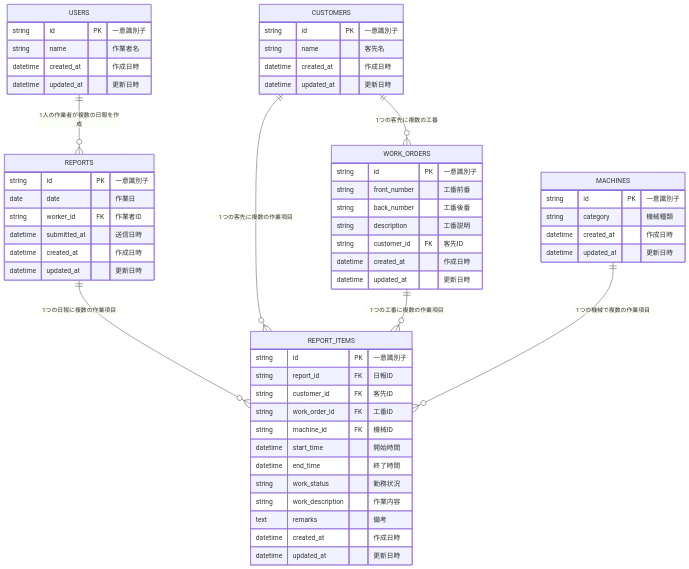
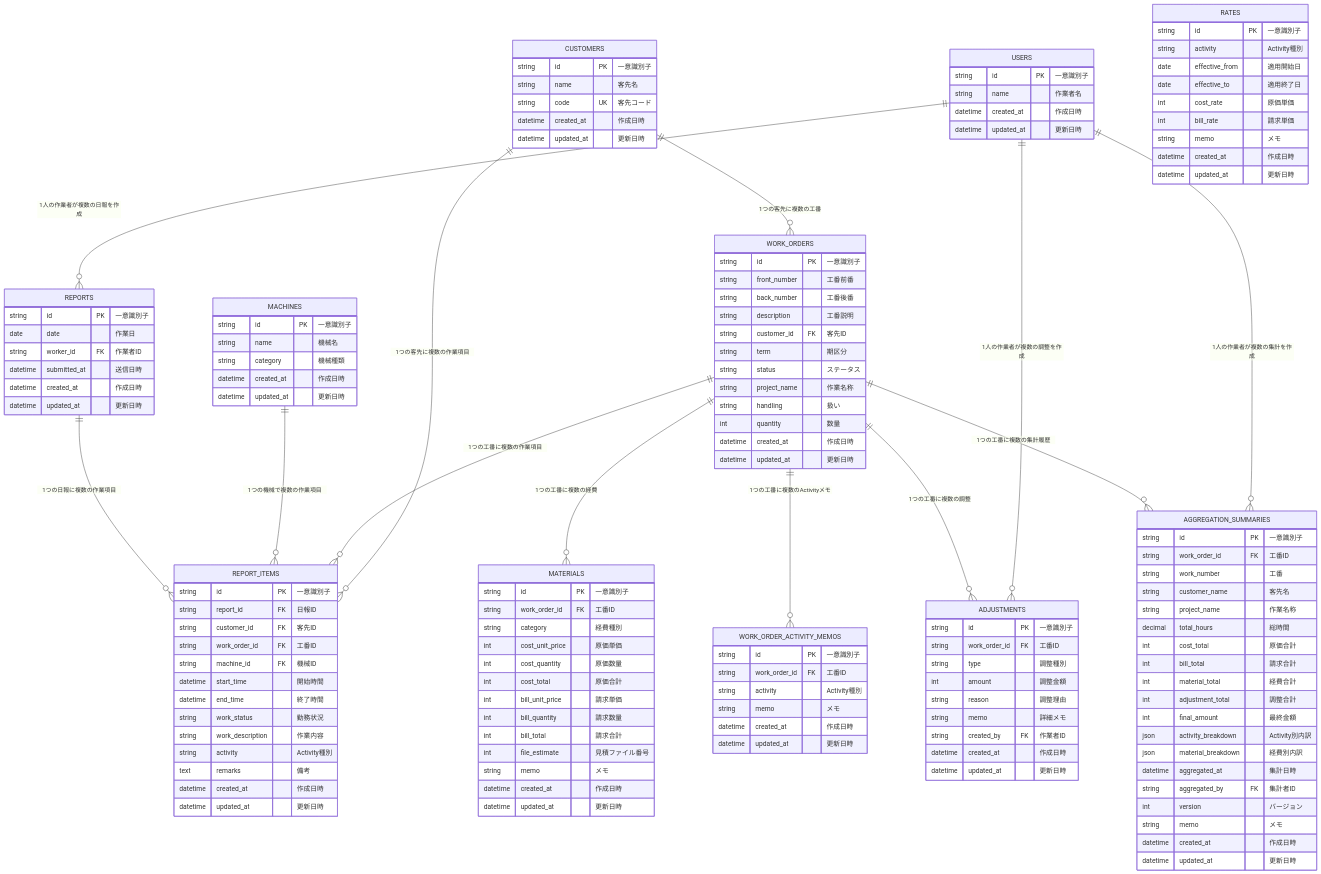
Before and after one commit to naotoTokoyoda/nippo-app: the diagram in docs/DATABASE_SCHEMA.md, drawn with Mermaid. The commit also changed other lines of this file, not shown here.

First line of the commit message:
docs: update DATABASE_SCHEMA.md with aggregation tables

````diff
--- a/docs/DATABASE_SCHEMA.md
+++ b/docs/DATABASE_SCHEMA.md
@@ -8,5 +8,43 @@
 ```mermaid
 erDiagram
+    USERS {
+        string id PK "一意識別子"
+        string name "作業者名"
+        datetime created_at "作成日時"
+        datetime updated_at "更新日時"
+    }
+    
+    CUSTOMERS {
+        string id PK "一意識別子"
+        string name "客先名"
+        string code UK "客先コード"
+        datetime created_at "作成日時"
+        datetime updated_at "更新日時"
+    }
+    
+    WORK_ORDERS {
+        string id PK "一意識別子"
+        string front_number "工番前番"
+        string back_number "工番後番"
+        string description "工番説明"
+        string customer_id FK "客先ID"
+        string term "期区分"
+        string status "ステータス"
+        string project_name "作業名称"
+        string handling "扱い"
+        int quantity "数量"
+        datetime created_at "作成日時"
+        datetime updated_at "更新日時"
+    }
+    
+    MACHINES {
+        string id PK "一意識別子"
+        string name "機械名"
+        string category "機械種類"
+        datetime created_at "作成日時"
+        datetime updated_at "更新日時"
+    }
+    
     REPORTS {
         string id PK "一意識別子"
         date date "作業日"
@@ -26,47 +64,98 @@
         datetime end_time "終了時間"
         string work_status "勤務状況"
         string work_description "作業内容"
+        string activity "Activity種別"
         text remarks "備考"
         datetime created_at "作成日時"
         datetime updated_at "更新日時"
     }
     
-    USERS {
+    RATES {
         string id PK "一意識別子"
-        string name "作業者名"
+        string activity "Activity種別"
+        date effective_from "適用開始日"
+        date effective_to "適用終了日"
+        int cost_rate "原価単価"
+        int bill_rate "請求単価"
+        string memo "メモ"
         datetime created_at "作成日時"
         datetime updated_at "更新日時"
     }
     
-    CUSTOMERS {
+    ADJUSTMENTS {
         string id PK "一意識別子"
-        string name "客先名"
+        string work_order_id FK "工番ID"
+        string type "調整種別"
+        int amount "調整金額"
+        string reason "調整理由"
+        string memo "詳細メモ"
+        string created_by FK "作業者ID"
         datetime created_at "作成日時"
         datetime updated_at "更新日時"
     }
     
-    WORK_ORDERS {
+    MATERIALS {
         string id PK "一意識別子"
-        string front_number "工番前番"
-        string back_number "工番後番"
-        string description "工番説明"
-        string customer_id FK "客先ID"
+        string work_order_id FK "工番ID"
+        string category "経費種別"
+        int cost_unit_price "原価単価"
+        int cost_quantity "原価数量"
+        int cost_total "原価合計"
+        int bill_unit_price "請求単価"
+        int bill_quantity "請求数量"
+        int bill_total "請求合計"
+        int file_estimate "見積ファイル番号"
+        string memo "メモ"
         datetime created_at "作成日時"
         datetime updated_at "更新日時"
     }
     
-    MACHINES {
+    WORK_ORDER_ACTIVITY_MEMOS {
         string id PK "一意識別子"
-        string category "機械種類"
+        string work_order_id FK "工番ID"
+        string activity "Activity種別"
+        string memo "メモ"
+        datetime created_at "作成日時"
+        datetime updated_at "更新日時"
+    }
+    
+    AGGREGATION_SUMMARIES {
+        string id PK "一意識別子"
+        string work_order_id FK "工番ID"
+        string work_number "工番"
+        string customer_name "客先名"
+        string project_name "作業名称"
+        decimal total_hours "総時間"
+        int cost_total "原価合計"
+        int bill_total "請求合計"
+        int material_total "経費合計"
+        int adjustment_total "調整合計"
+        int final_amount "最終金額"
+        json activity_breakdown "Activity別内訳"
+        json material_breakdown "経費別内訳"
+        datetime aggregated_at "集計日時"
+        string aggregated_by FK "集計者ID"
+        int version "バージョン"
+        string memo "メモ"
         datetime created_at "作成日時"
         datetime updated_at "更新日時"
     }
 
     %% リレーション定義
-    REPORTS ||--o{ REPORT_ITEMS : "1つの日報に複数の作業項目"
     USERS ||--o{ REPORTS : "1人の作業者が複数の日報を作成"
+    USERS ||--o{ ADJUSTMENTS : "1人の作業者が複数の調整を作成"
+    USERS ||--o{ AGGREGATION_SUMMARIES : "1人の作業者が複数の集計を作成"
+    
     CUSTOMERS ||--o{ REPORT_ITEMS : "1つの客先に複数の作業項目"
     CUSTOMERS ||--o{ WORK_ORDERS : "1つの客先に複数の工番"
+    
     WORK_ORDERS ||--o{ REPORT_ITEMS : "1つの工番に複数の作業項目"
+    WORK_ORDERS ||--o{ ADJUSTMENTS : "1つの工番に複数の調整"
+    WORK_ORDERS ||--o{ MATERIALS : "1つの工番に複数の経費"
+    WORK_ORDERS ||--o{ WORK_ORDER_ACTIVITY_MEMOS : "1つの工番に複数のActivityメモ"
+    WORK_ORDERS ||--o{ AGGREGATION_SUMMARIES : "1つの工番に複数の集計履歴"
+    
     MACHINES ||--o{ REPORT_ITEMS : "1つの機械で複数の作業項目"
+    
+    REPORTS ||--o{ REPORT_ITEMS : "1つの日報に複数の作業項目"
 ```
````
